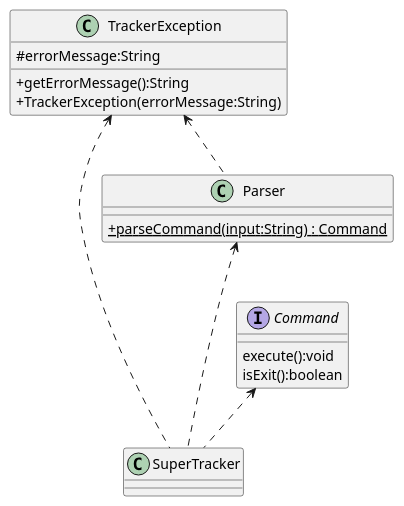
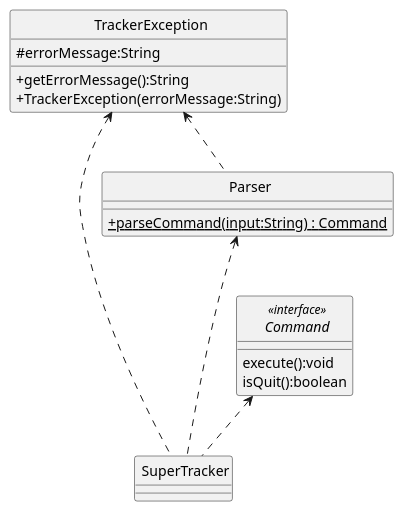
The first of 2 diagrams in docs/uml-diagrams/Parser.puml (rismm/tp), drawn with PlantUML before and after one commit. The commit also changed other lines of this file and 14 other files, not shown here.

Commit message:
Update UML diagrams

```diff
--- a/docs/uml-diagrams/Parser.puml
+++ b/docs/uml-diagrams/Parser.puml
@@ -2,30 +2,32 @@
 @startuml
 'https://plantuml.com/class-diagram
 skinparam classAttributeIconSize 0
+skinparam CircledCharacterFontSize 0
+skinparam CircledCharacterRadius 0
 
 class SuperTracker
 class Parser
 class TrackerException
 interface Command
 
 Parser <... SuperTracker
 Command <.. SuperTracker
 TrackerException <.. SuperTracker
 TrackerException <.. Parser
 
-interface Command {
+interface Command <<interface>> {
     execute():void
-    isExit():boolean
+    isQuit():boolean
 }
 
 class TrackerException {
     #errorMessage:String
     +getErrorMessage():String
     +TrackerException(errorMessage:String)
 }
 
 class Parser {
     {static}+parseCommand(input:String) : Command
 }
 
 @enduml
```
